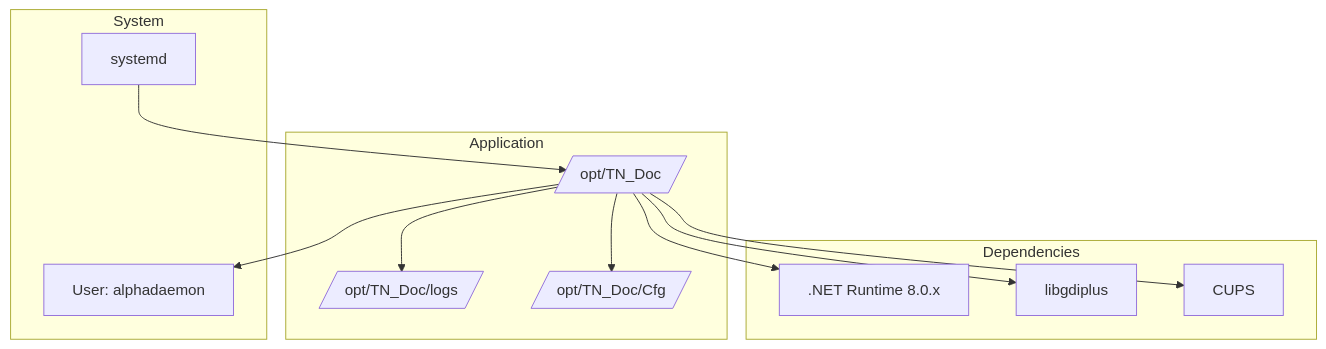
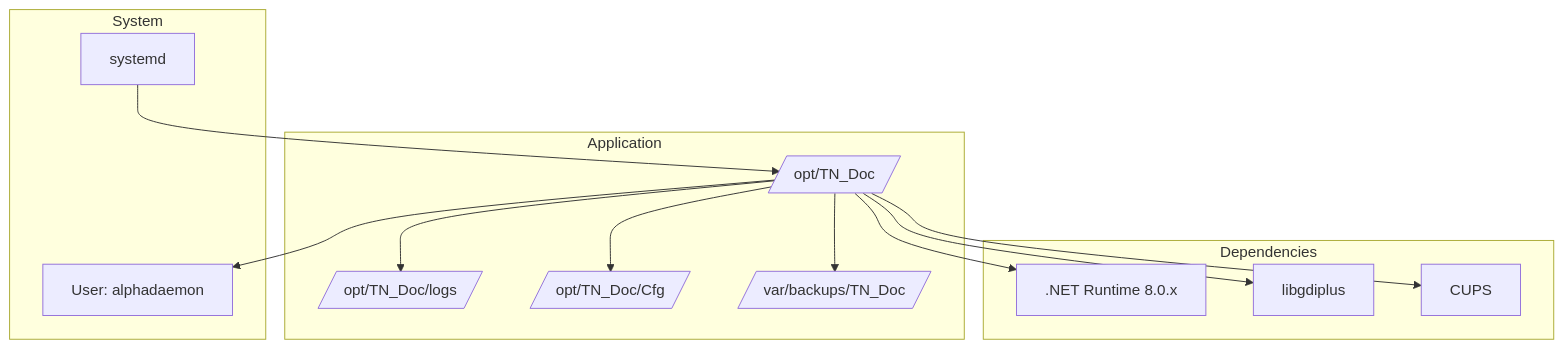
Before and after one commit to tn-ivk/tn-doc: the first of 2 diagrams in docs/deployment/linux.md, drawn with Mermaid. The commit also changed other lines of this file and 4 other files, not shown here.

````diff
--- a/docs/deployment/linux.md
+++ b/docs/deployment/linux.md
@@ -15,27 +15,29 @@
 ```mermaid
 graph TB
     subgraph "System"
         Systemd[systemd]
         User[User: alphadaemon]
     end
 
     subgraph "Application"
         App[/opt/TN_Doc/]
         Logs[/opt/TN_Doc/logs/]
         Config[/opt/TN_Doc/Cfg/]
+        Backup[/var/backups/TN_Doc/]
     end
 
     subgraph "Dependencies"
         Runtime[.NET Runtime 8.0.x]
         libgdiplus[libgdiplus]
         CUPS[CUPS]
     end
 
     Systemd --> App
     App --> User
     App --> Logs
     App --> Config
+    App --> Backup
     App --> Runtime
     App --> libgdiplus
     App --> CUPS
 ```
````
